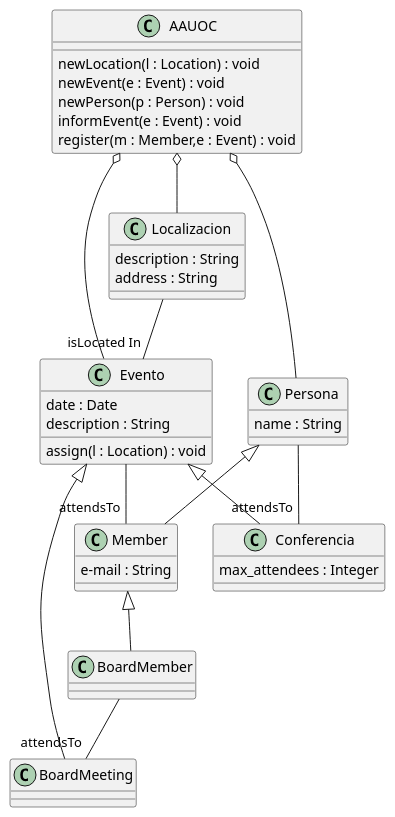
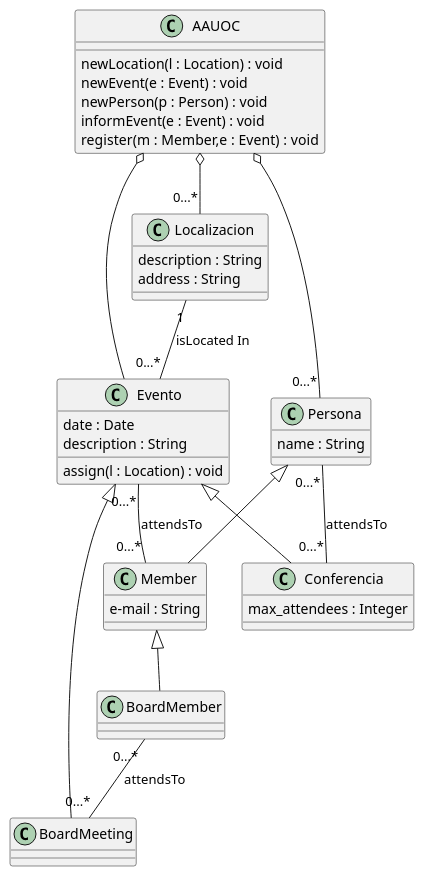
One commit to adayaelias/UMLclasesAdaya changed the diagram in src/umladaya.puml. Above: the diagram before and after it, drawn with PlantUML.

Commit message:
Añadir las cardinalidades.

```diff
--- a/src/umladaya.puml
+++ b/src/umladaya.puml
@@ -1,46 +1,45 @@
 @startuml
 skinparam classAttributeIconSize 0
 
 class Evento{
 date : Date
 description : String
 assign(l : Location) : void
 }
 class Conferencia{
 max_attendees : Integer
 }
 class BoardMeeting{
 }
 Evento <|-- Conferencia
 Evento <|-- BoardMeeting
 
 class Persona{
 name : String
 }
 class Member{
 e-mail : String
 }
 class BoardMember{
 }
 Persona <|-- Member
 Member<|-- BoardMember
 class Localizacion{
 description : String
 address : String
 }
 class AAUOC{
 newLocation(l : Location) : void
 newEvent(e : Event) : void
 newPerson(p : Person) : void
 informEvent(e : Event) : void
 register(m : Member,e : Event) : void
 }
-AAUOC o-- Persona
-AAUOC o-- Localizacion
+AAUOC o-- "0...*" Persona
+AAUOC o-- "0...*" Localizacion
 AAUOC o-- Evento
-Localizacion -- "isLocated In" Evento
-Persona -- "attendsTo" Conferencia
-Evento -- "attendsTo" Member
-BoardMember -- "attendsTo" BoardMeeting
-
+Localizacion "1"-- "0...*" Evento : "isLocated In"
+Persona "0...*" -- "0...*"  Conferencia : "attendsTo"
+Evento "0...*"-- "0...*" Member : "attendsTo"
+BoardMember "0...*" -- "0...*" BoardMeeting :"attendsTo"
 @enduml
```
